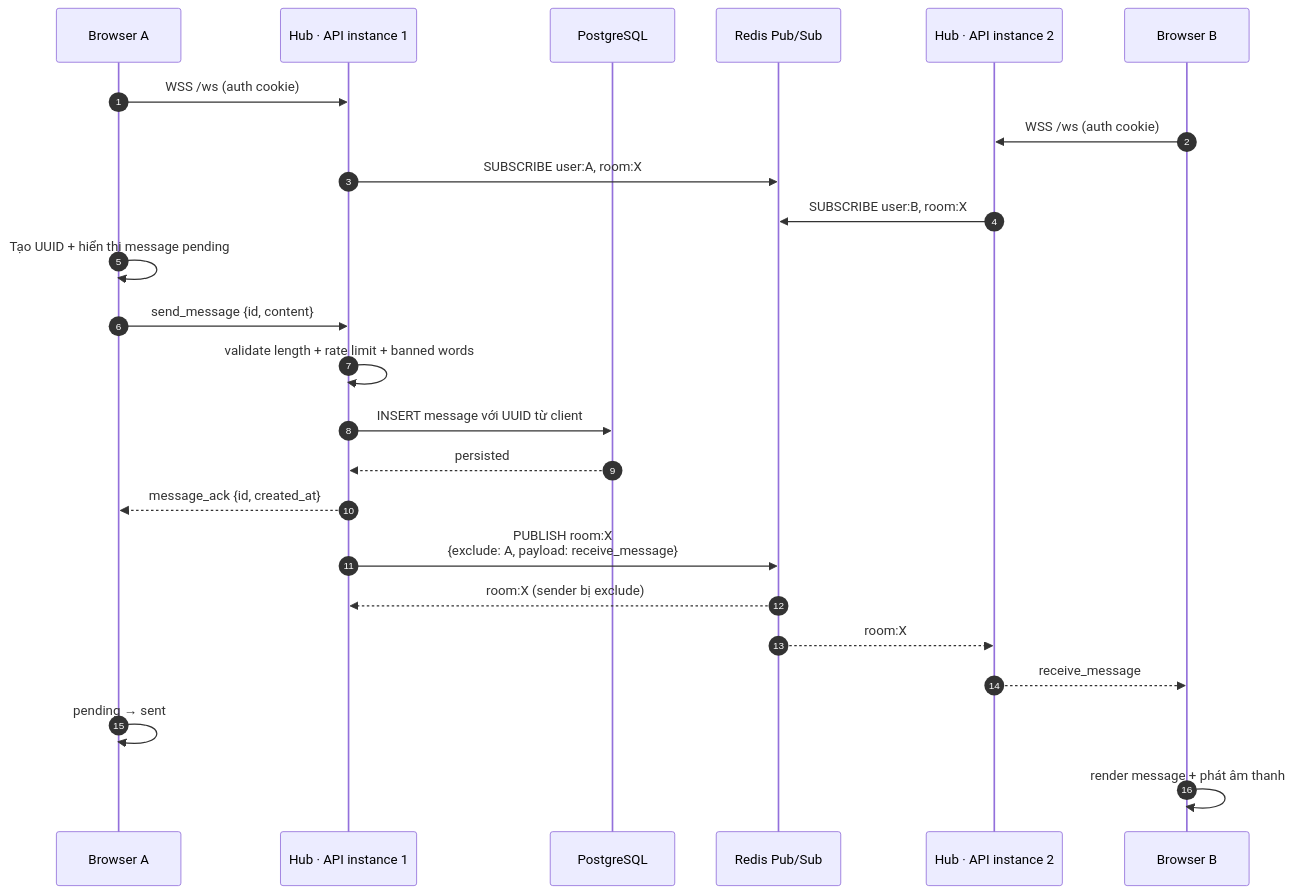
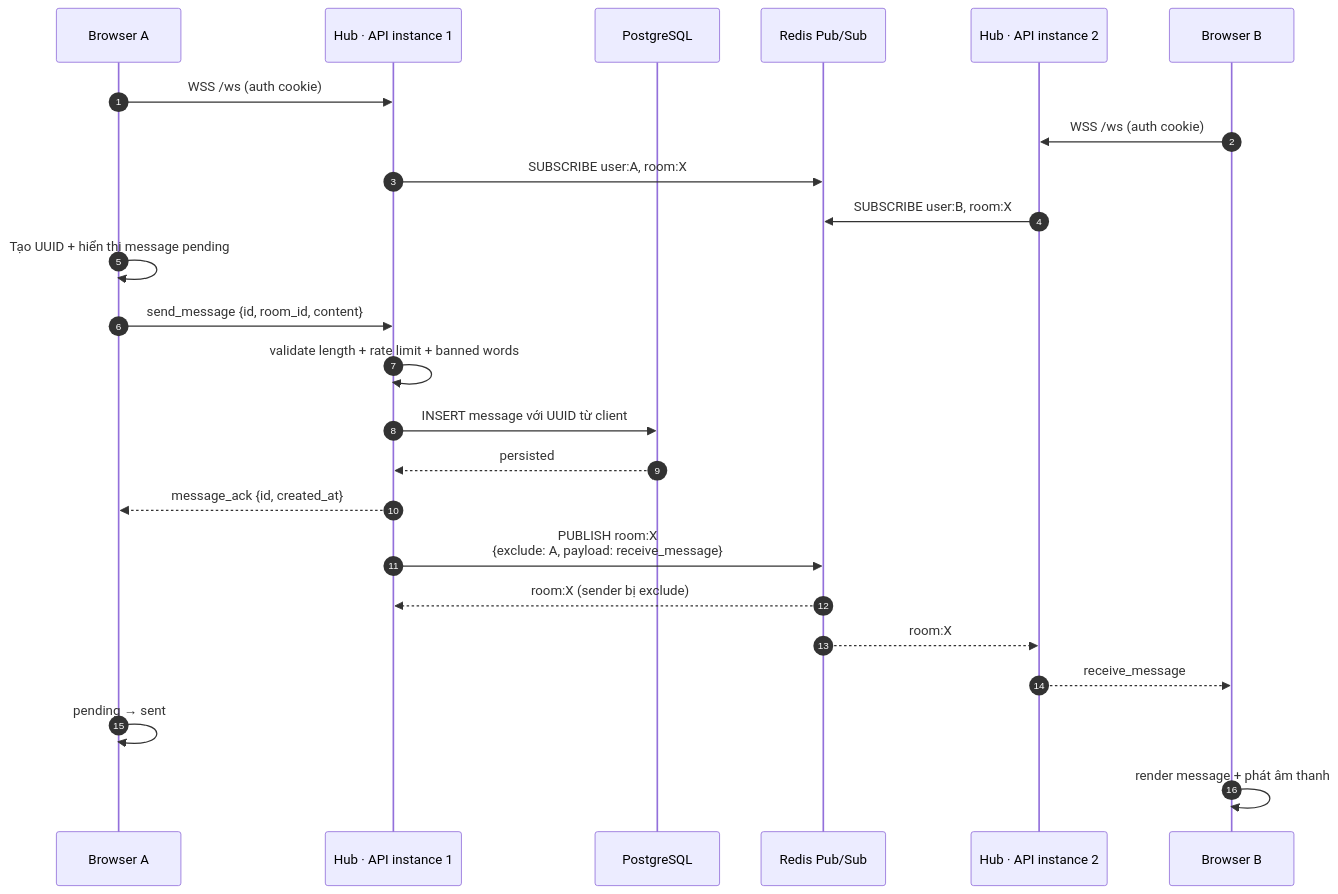
The second of 4 diagrams in documents/architecture-websocket-pwa.md (ndquang191/Anochat), drawn with Mermaid before and after one commit. The commit also changed 31 other files, not shown here.

````diff
--- a/documents/architecture-websocket-pwa.md
+++ b/documents/architecture-websocket-pwa.md
@@ -82,28 +82,28 @@
 ```mermaid
 sequenceDiagram
     autonumber
     participant A as Browser A
     participant H1 as Hub · API instance 1
     participant DB as PostgreSQL
     participant R as Redis Pub/Sub
     participant H2 as Hub · API instance 2
     participant B as Browser B
 
     A->>H1: WSS /ws (auth cookie)
     B->>H2: WSS /ws (auth cookie)
     H1->>R: SUBSCRIBE user:A, room:X
     H2->>R: SUBSCRIBE user:B, room:X
 
     A->>A: Tạo UUID + hiển thị message pending
-    A->>H1: send_message {id, content}
+    A->>H1: send_message {id, room_id, content}
     H1->>H1: validate length + rate limit + banned words
     H1->>DB: INSERT message với UUID từ client
     DB-->>H1: persisted
     H1-->>A: message_ack {id, created_at}
     H1->>R: PUBLISH room:X<br/>{exclude: A, payload: receive_message}
     R-->>H1: room:X (sender bị exclude)
     R-->>H2: room:X
     H2-->>B: receive_message
     A->>A: pending → sent
     B->>B: render message + phát âm thanh
 ```
````
